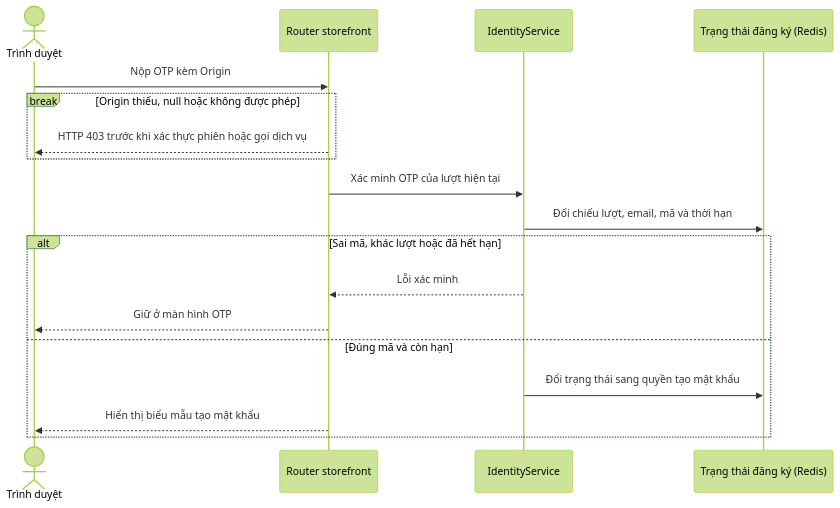
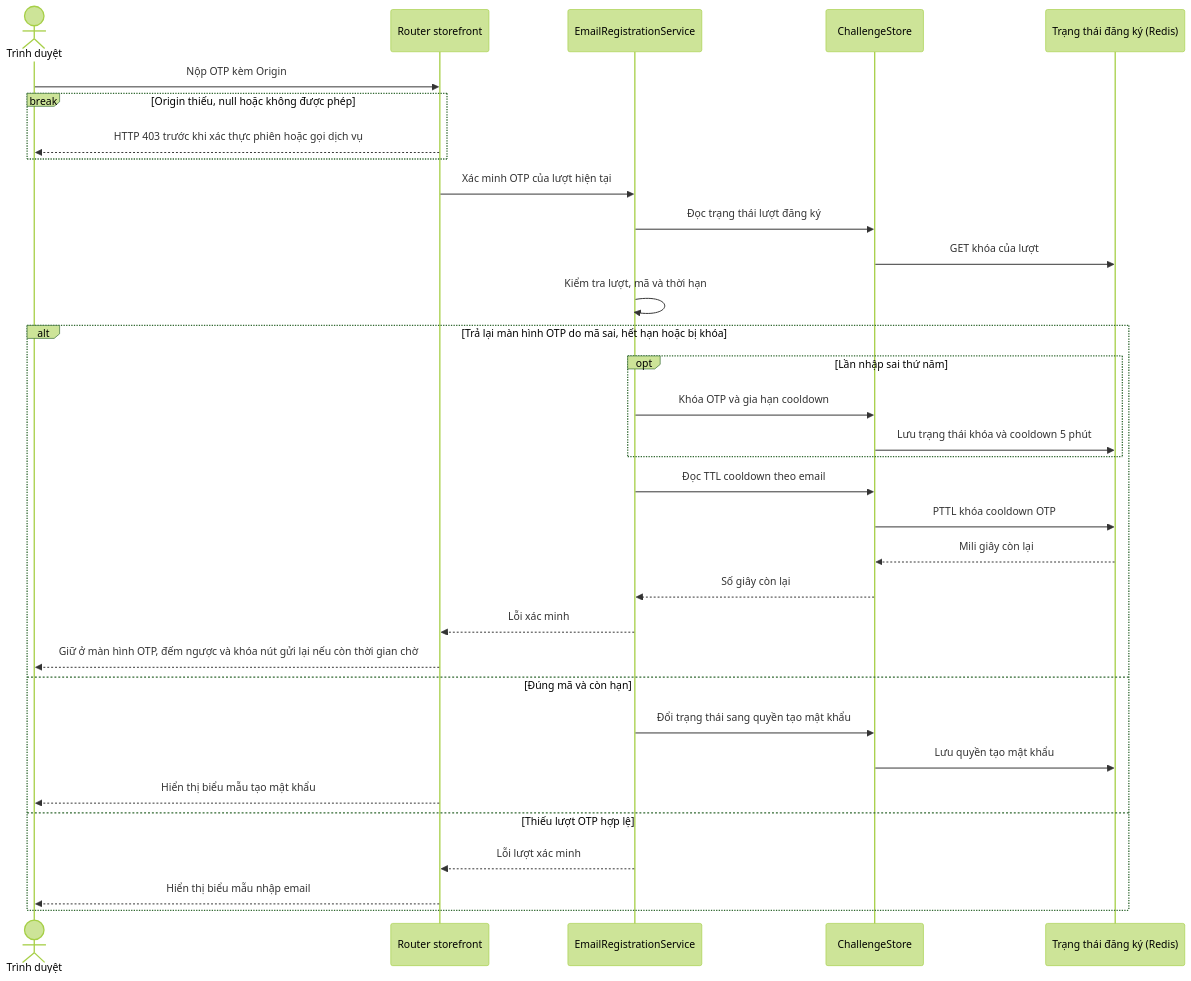
One commit to thanhklt/sobie-swimwear-e-commerce changed the diagram in docs/sequence/identity/post-register-otp.md. Above: the diagram before and after it, drawn with Mermaid (forest theme). The commit also changed other lines of this file and 127 other files, not shown here.

````diff
--- a/docs/sequence/identity/post-register-otp.md
+++ b/docs/sequence/identity/post-register-otp.md
@@ -5,20 +5,35 @@
 ```mermaid
 sequenceDiagram
     actor Browser as Trình duyệt
     participant Route as Router storefront
-    participant Service as IdentityService
+    participant Service as EmailRegistrationService
+    participant Store as ChallengeStore
     participant Redis as Trạng thái đăng ký (Redis)
     Browser->>Route: Nộp OTP kèm Origin
     break Origin thiếu, null hoặc không được phép
         Route-->>Browser: HTTP 403 trước khi xác thực phiên hoặc gọi dịch vụ
     end
     Route->>Service: Xác minh OTP của lượt hiện tại
-    Service->>Redis: Đối chiếu lượt, email, mã và thời hạn
-    alt Sai mã, khác lượt hoặc đã hết hạn
+    Service->>Store: Đọc trạng thái lượt đăng ký
+    Store->>Redis: GET khóa của lượt
+    Service->>Service: Kiểm tra lượt, mã và thời hạn
+    alt Trả lại màn hình OTP do mã sai, hết hạn hoặc bị khóa
+        opt Lần nhập sai thứ năm
+            Service->>Store: Khóa OTP và gia hạn cooldown
+            Store->>Redis: Lưu trạng thái khóa và cooldown 5 phút
+        end
+        Service->>Store: Đọc TTL cooldown theo email
+        Store->>Redis: PTTL khóa cooldown OTP
+        Redis-->>Store: Mili giây còn lại
+        Store-->>Service: Số giây còn lại
         Service-->>Route: Lỗi xác minh
-        Route-->>Browser: Giữ ở màn hình OTP
+        Route-->>Browser: Giữ ở màn hình OTP, đếm ngược và khóa nút gửi lại nếu còn thời gian chờ
     else Đúng mã và còn hạn
-        Service->>Redis: Đổi trạng thái sang quyền tạo mật khẩu
+        Service->>Store: Đổi trạng thái sang quyền tạo mật khẩu
+        Store->>Redis: Lưu quyền tạo mật khẩu
         Route-->>Browser: Hiển thị biểu mẫu tạo mật khẩu
+    else Thiếu lượt OTP hợp lệ
+        Service-->>Route: Lỗi lượt xác minh
+        Route-->>Browser: Hiển thị biểu mẫu nhập email
     end
 ```
````
